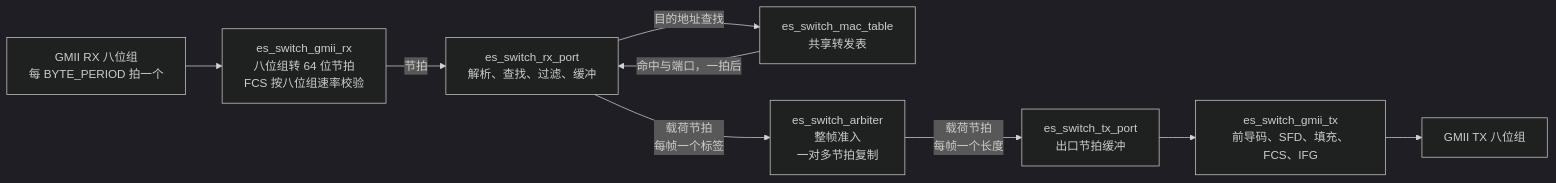
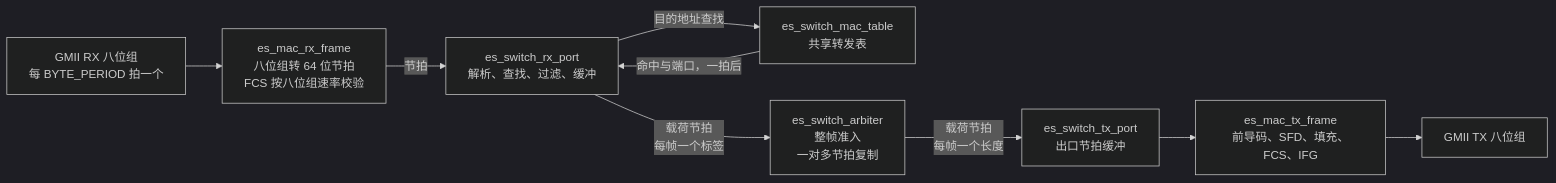
Before and after one commit to cw1997/ethernet-switch: the second of 15 diagrams in README.zh-Hans.md, drawn with Mermaid (dark theme). The commit also changed other lines of this file and 84 other files, not shown here.

````diff
--- a/README.zh-Hans.md
+++ b/README.zh-Hans.md
@@ -160,11 +164,11 @@
 ```mermaid
 flowchart LR
-    A["GMII RX 八位组<br/>每 BYTE_PERIOD 拍一个"] --> B["es_switch_gmii_rx<br/>八位组转 64 位节拍<br/>FCS 按八位组速率校验"]
+    A["GMII RX 八位组<br/>每 BYTE_PERIOD 拍一个"] --> B["es_mac_rx_frame<br/>八位组转 64 位节拍<br/>FCS 按八位组速率校验"]
     B -->|"节拍"| C["es_switch_rx_port<br/>解析、查找、过滤、缓冲"]
     C -->|"目的地址查找"| D["es_switch_mac_table<br/>共享转发表"]
     D -->|"命中与端口，一拍后"| C
     C -->|"载荷节拍<br/>每帧一个标签"| E["es_switch_arbiter<br/>整帧准入<br/>一对多节拍复制"]
     E -->|"载荷节拍<br/>每帧一个长度"| F["es_switch_tx_port<br/>出口节拍缓冲"]
-    F --> G["es_switch_gmii_tx<br/>前导码、SFD、填充、FCS、IFG"]
+    F --> G["es_mac_tx_frame<br/>前导码、SFD、填充、FCS、IFG"]
     G --> H["GMII TX 八位组"]
 ```
````
